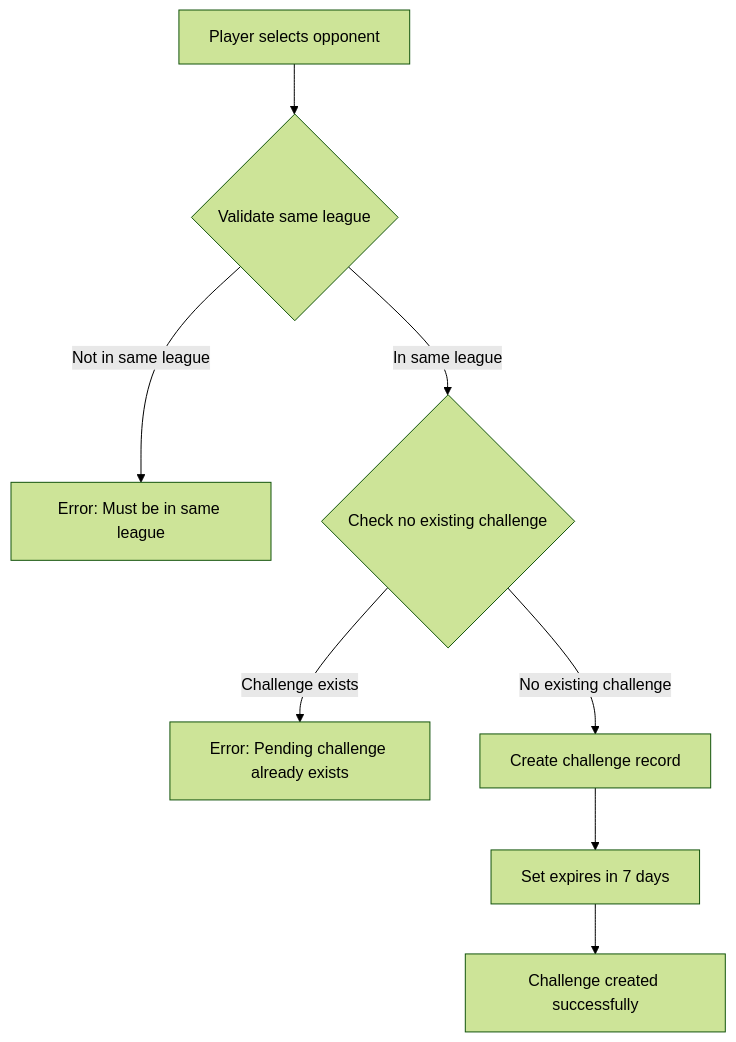
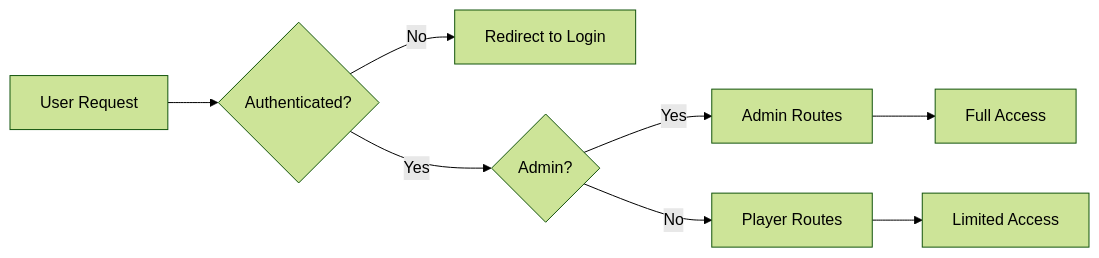
The second of 14 diagrams in doc/architecture.md (UziB26/leagueladder), drawn with Mermaid (forest theme) before and after one commit. The commit also changed other lines of this file and 97 other files, not shown here.

````diff
--- a/doc/architecture.md
+++ b/doc/architecture.md
@@ -117,10 +113,10 @@
 ```mermaid
-flowchart TD
-    A[Player selects opponent] --> B{Validate same league}
-    B -->|Not in same league| C[Error: Must be in same league]
-    B -->|In same league| D{Check no existing challenge}
-    D -->|Challenge exists| E[Error: Pending challenge already exists]
-    D -->|No existing challenge| F[Create challenge record]
-    F --> G[Set expires in 7 days]
-    G --> H[Challenge created successfully]
+graph LR
+    A[User Request] --> B{Authenticated?}
+    B -->|No| C[Redirect to Login]
+    B -->|Yes| D{Admin?}
+    D -->|Yes| E[Admin Routes]
+    D -->|No| F[Player Routes]
+    E --> G[Full Access]
+    F --> H[Limited Access]
 ```
````
